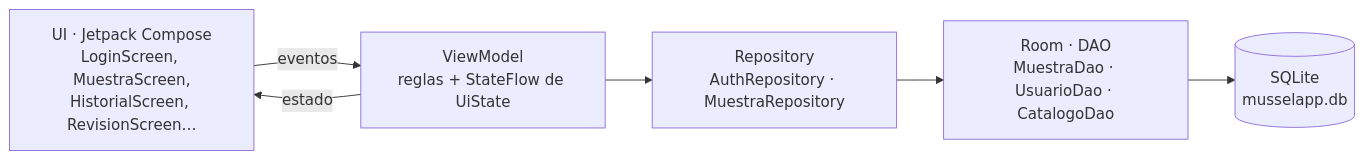
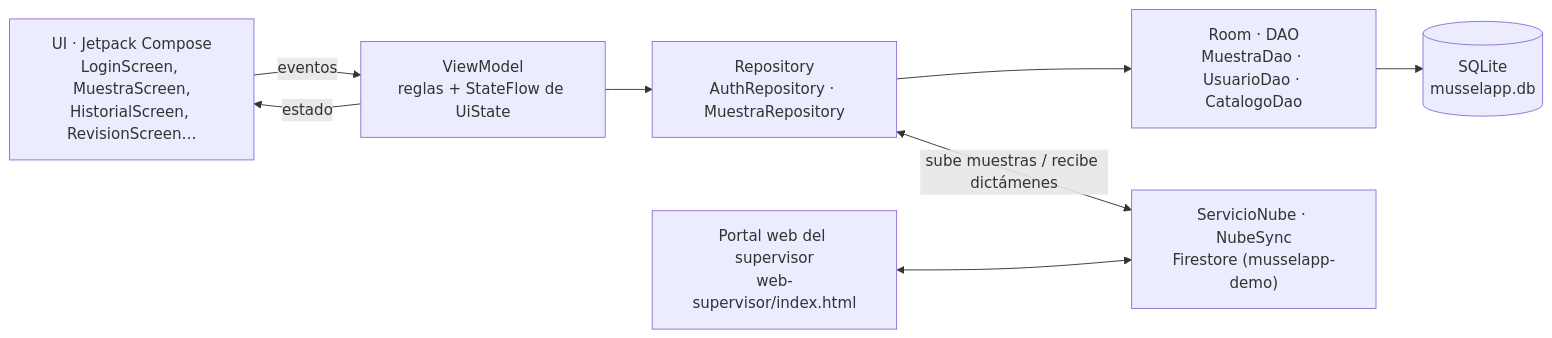
One commit to jesuscardenas-jacv1/MusselApp-Nube changed the first of 2 diagrams in README.md. Above: the diagram before and after it, drawn with Mermaid. The commit also changed other lines of this file and 22 other files, not shown here.

````diff
--- a/README.md
+++ b/README.md
@@ -106,8 +114,10 @@
 ```mermaid
 flowchart LR
     UI["UI · Jetpack Compose<br/>LoginScreen, MuestraScreen,<br/>HistorialScreen, RevisionScreen…"] -->|eventos| VM["ViewModel<br/>reglas + StateFlow de UiState"]
     VM -->|estado| UI
     VM --> REPO["Repository<br/>AuthRepository · MuestraRepository"]
     REPO --> DAO["Room · DAO<br/>MuestraDao · UsuarioDao · CatalogoDao"]
     DAO --> DB[("SQLite<br/>musselapp.db")]
+    REPO <-->|sube muestras / recibe dictámenes| NUBE["ServicioNube · NubeSync<br/>Firestore (musselapp-demo)"]
+    WEB["Portal web del supervisor<br/>web-supervisor/index.html"] <--> NUBE
 ```
````
